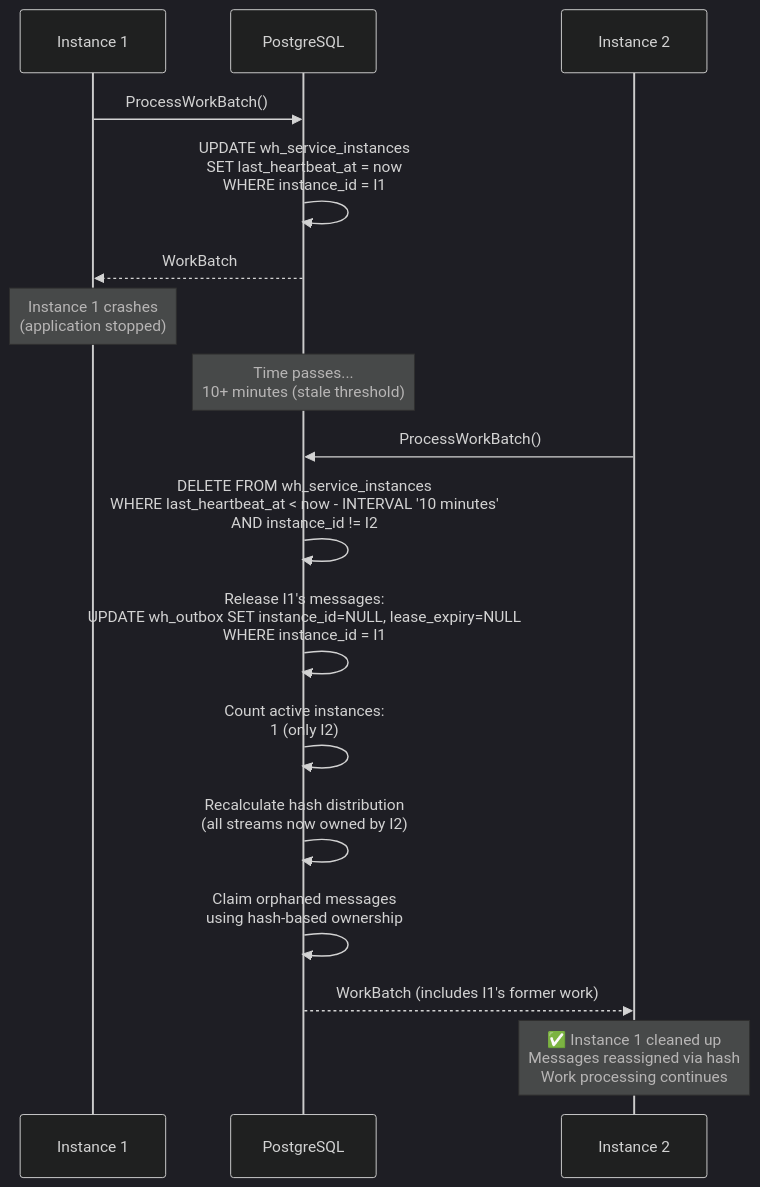
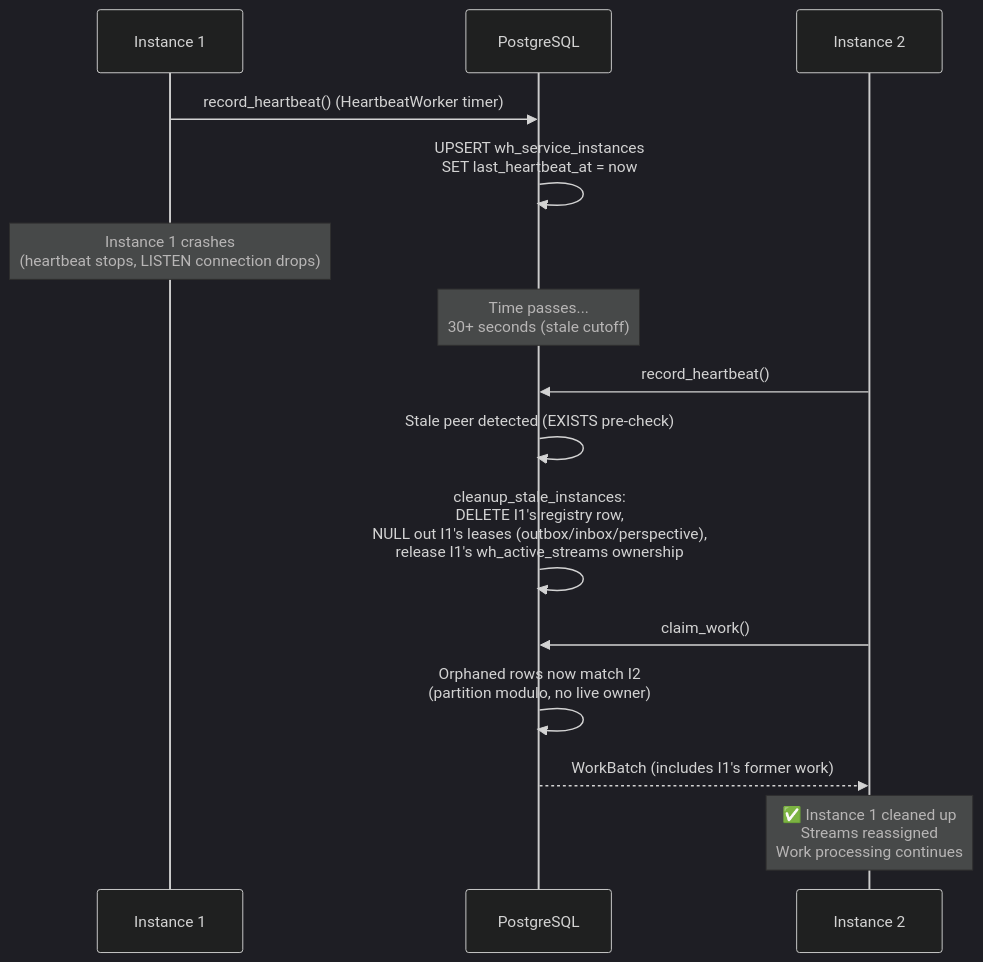
One commit to whizbang-lib/whizbang-lib.github.io changed the second of 12 diagrams in src/assets/docs/v1.0.0/messaging/multi-instance-coordination.md. Above: the diagram before and after it, drawn with Mermaid (dark theme). The commit also changed other lines of this file and 7 other files, not shown here.

````diff
--- a/src/assets/docs/v1.0.0/messaging/multi-instance-coordination.md
+++ b/src/assets/docs/v1.0.0/messaging/multi-instance-coordination.md
@@ -83,24 +98,22 @@
 ```mermaid
 sequenceDiagram
     participant I1 as Instance 1
     participant DB as PostgreSQL
     participant I2 as Instance 2
 
-    I1->>DB: ProcessWorkBatch()
-    DB->>DB: UPDATE wh_service_instances<br/>SET last_heartbeat_at = now<br/>WHERE instance_id = I1
-    DB-->>I1: WorkBatch
+    I1->>DB: record_heartbeat() (HeartbeatWorker timer)
+    DB->>DB: UPSERT wh_service_instances<br/>SET last_heartbeat_at = now
 
-    Note over I1: Instance 1 crashes<br/>(application stopped)
+    Note over I1: Instance 1 crashes<br/>(heartbeat stops, LISTEN connection drops)
 
-    Note over DB: Time passes...<br/>10+ minutes (stale threshold)
+    Note over DB: Time passes...<br/>30+ seconds (stale cutoff)
 
-    I2->>DB: ProcessWorkBatch()
-    DB->>DB: DELETE FROM wh_service_instances<br/>WHERE last_heartbeat_at < now - INTERVAL '10 minutes'<br/>AND instance_id != I2
-    DB->>DB: Release I1's messages:<br/>UPDATE wh_outbox SET instance_id=NULL, lease_expiry=NULL<br/>WHERE instance_id = I1
-    DB->>DB: Count active instances:<br/>1 (only I2)
-    DB->>DB: Recalculate hash distribution<br/>(all streams now owned by I2)
-    DB->>DB: Claim orphaned messages<br/>using hash-based ownership
+    I2->>DB: record_heartbeat()
+    DB->>DB: Stale peer detected (EXISTS pre-check)
+    DB->>DB: cleanup_stale_instances:<br/>DELETE I1's registry row,<br/>NULL out I1's leases (outbox/inbox/perspective),<br/>release I1's wh_active_streams ownership
+    I2->>DB: claim_work()
+    DB->>DB: Orphaned rows now match I2<br/>(partition modulo, no live owner)
     DB-->>I2: WorkBatch (includes I1's former work)
 
-    Note over I2: ✅ Instance 1 cleaned up<br/>Messages reassigned via hash<br/>Work processing continues
+    Note over I2: ✅ Instance 1 cleaned up<br/>Streams reassigned<br/>Work processing continues
 ```
````
